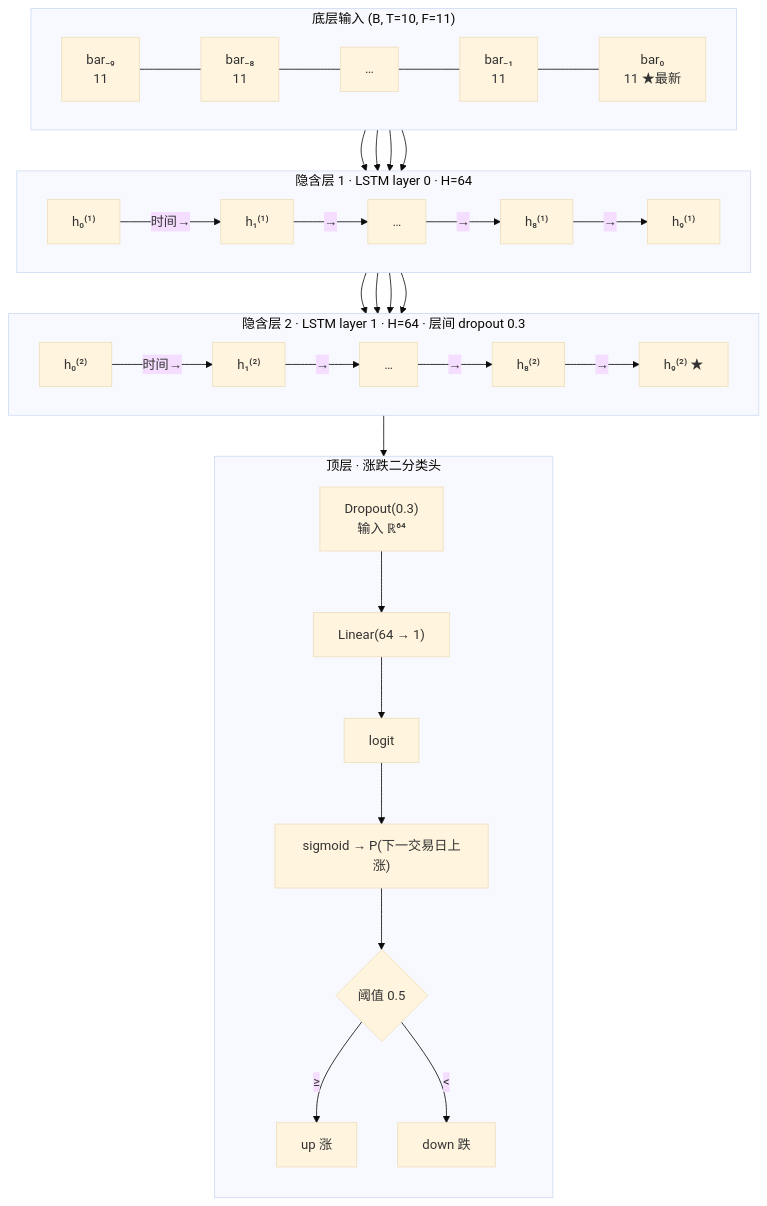
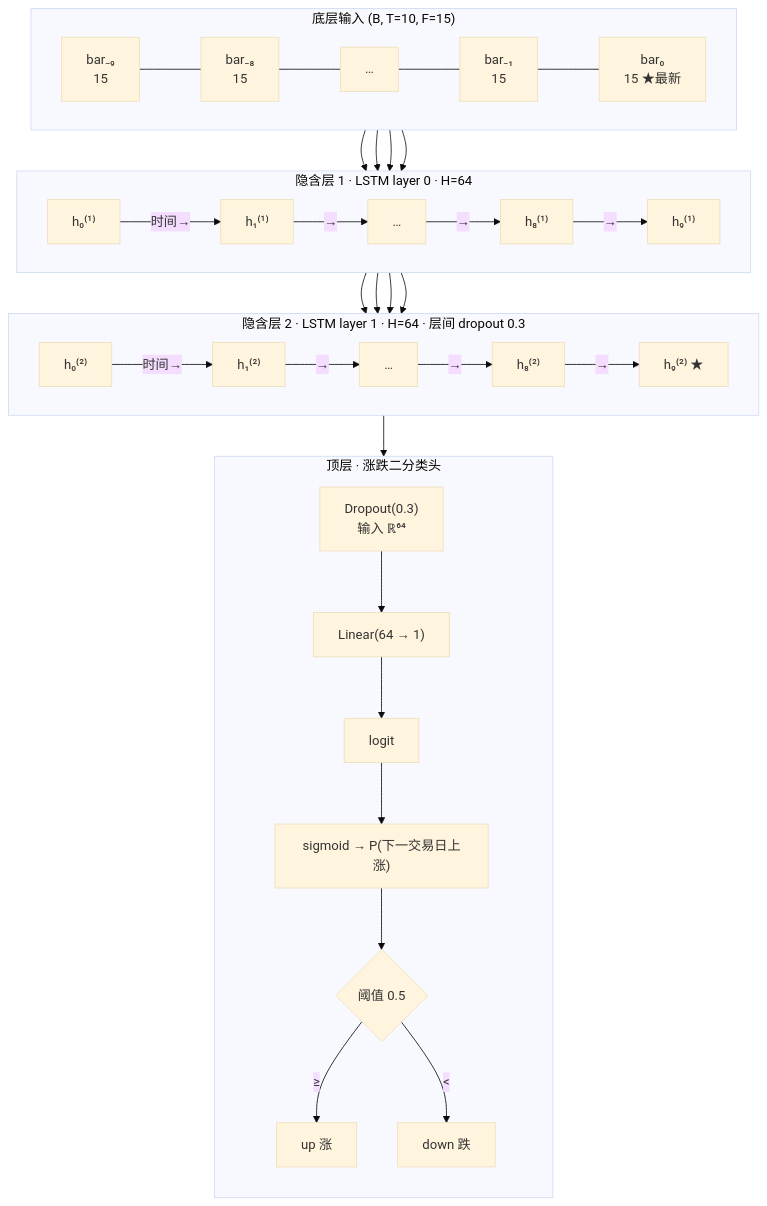
One commit to fanqingsong/stock_predictive changed the fifth of 11 diagrams in docs/model-architecture.md. Above: the diagram before and after it, drawn with Mermaid (base theme). The commit also changed other lines of this file and 7 other files, not shown here.

First line of the commit message:
Add market-benchmark relative features and bump feature schema to v6-scale.

````diff
--- a/docs/model-architecture.md
+++ b/docs/model-architecture.md
@@ -246,37 +246,37 @@
 ```mermaid
 flowchart TB
-  subgraph IN ["底层输入 (B, T=10, F=11)"]
+  subgraph IN ["底层输入 (B, T=10, F=15)"]
     direction LR
-    I0["bar₋₉<br/>11"] --- I1["bar₋₈<br/>11"] --- I2["…"] --- I8["bar₋₁<br/>11"] --- I9["bar₀<br/>11 ★最新"]
+    I0["bar₋₉<br/>15"] --- I1["bar₋₈<br/>15"] --- I2["…"] --- I8["bar₋₁<br/>15"] --- I9["bar₀<br/>15 ★最新"]
   end
 
   subgraph H1 ["隐含层 1 · LSTM layer 0 · H=64"]
     direction LR
     A0["h₀⁽¹⁾"] -->|时间→| A1["h₁⁽¹⁾"] -->|→| A2["…"] -->|→| A8["h₈⁽¹⁾"] -->|→| A9["h₉⁽¹⁾"]
   end
 
   subgraph H2 ["隐含层 2 · LSTM layer 1 · H=64 · 层间 dropout 0.3"]
     direction LR
     B0["h₀⁽²⁾"] -->|时间→| B1["h₁⁽²⁾"] -->|→| B2["…"] -->|→| B8["h₈⁽²⁾"] -->|→| B9["h₉⁽²⁾ ★"]
   end
 
   subgraph CLS ["顶层 · 涨跌二分类头"]
     direction TB
     DO["Dropout(0.3)<br/>输入 ℝ⁶⁴"] --> FC["Linear(64 → 1)"]
     FC --> LOG["logit"]
     LOG --> SIG["sigmoid → P(下一交易日上涨)"]
     SIG --> DEC{"阈值 0.5"}
     DEC -->|≥| UP["up 涨"]
     DEC -->|<| DN["down 跌"]
   end
 
   I0 --> A0
   I1 --> A1
   I8 --> A8
   I9 --> A9
   A0 --> B0
   A1 --> B1
   A8 --> B8
   A9 --> B9
   B9 --> DO
 ```
````
